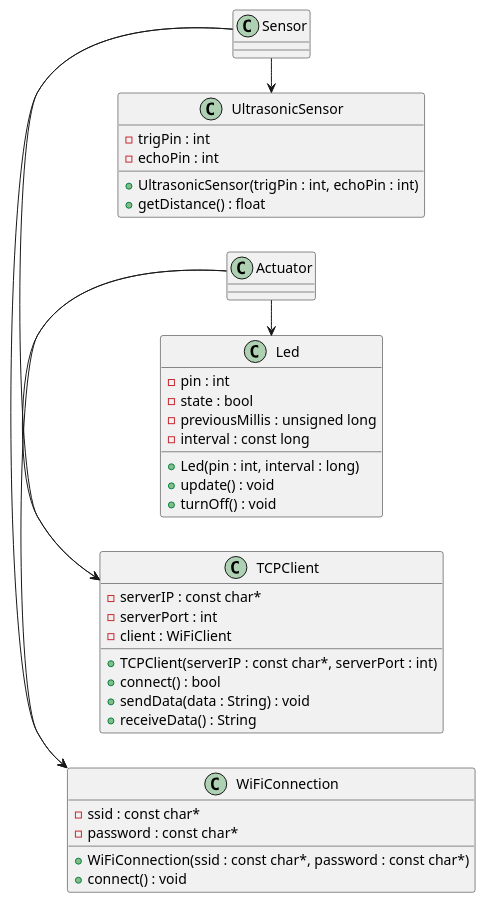
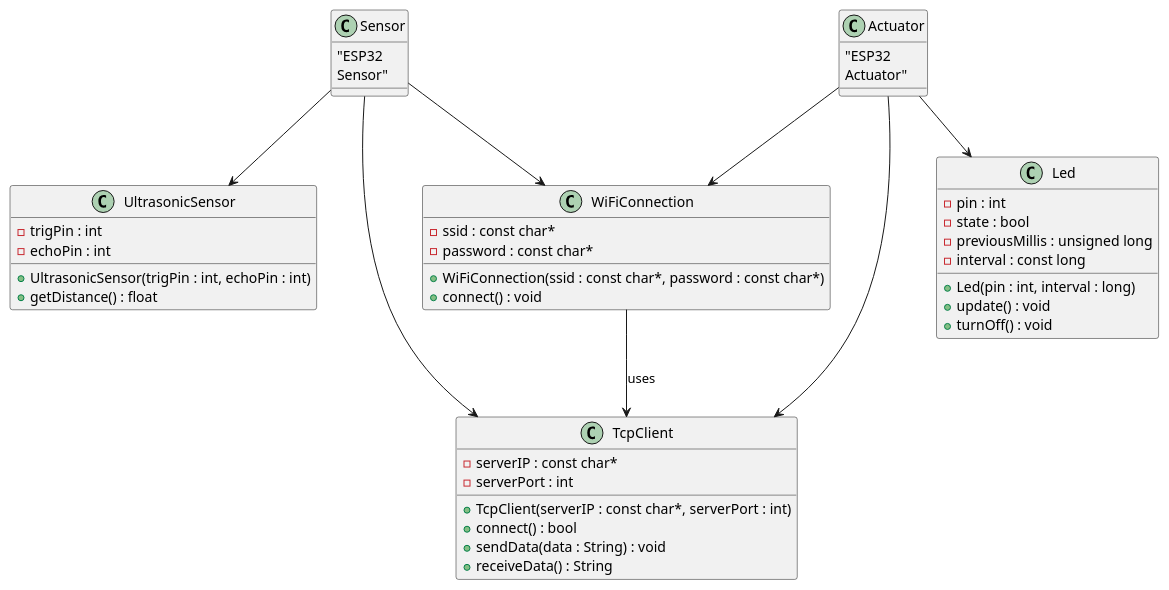
One commit to Ichurri/sensor-actuator-iot changed the diagram in Diagrams/class.puml. Above: the diagram before and after it, drawn with PlantUML.

Commit message:
Change diagram classes

```diff
--- a/Diagrams/class.puml
+++ b/Diagrams/class.puml
@@ -1,46 +1,49 @@
 @startuml
-left to right direction
 
 class WiFiConnection {
   -ssid : const char*
   -password : const char*
   +WiFiConnection(ssid : const char*, password : const char*)
   +connect() : void
 }
 
-class TCPClient {
+class TcpClient {
   -serverIP : const char*
   -serverPort : int
-  -client : WiFiClient
-  +TCPClient(serverIP : const char*, serverPort : int)
+  +TcpClient(serverIP : const char*, serverPort : int)
   +connect() : bool
   +sendData(data : String) : void
   +receiveData() : String
 }
 
 class UltrasonicSensor {
   -trigPin : int
   -echoPin : int
   +UltrasonicSensor(trigPin : int, echoPin : int)
   +getDistance() : float
 }
 
 class Led {
   -pin : int
   -state : bool
   -previousMillis : unsigned long
   -interval : const long
   +Led(pin : int, interval : long)
   +update() : void
   +turnOff() : void
 }
 
-Sensor -> UltrasonicSensor
-Sensor -> WiFiConnection
-Sensor -> TCPClient
+WiFiConnection --> TcpClient : uses
 
-Actuator -> Led
-Actuator -> WiFiConnection
-Actuator -> TCPClient
+Sensor : "ESP32\nSensor"
+Actuator : "ESP32\nActuator"
+
+Sensor --> UltrasonicSensor
+Sensor --> WiFiConnection
+Sensor --> TcpClient
+
+Actuator --> Led
+Actuator --> WiFiConnection
+Actuator --> TcpClient
 
 @enduml
```
